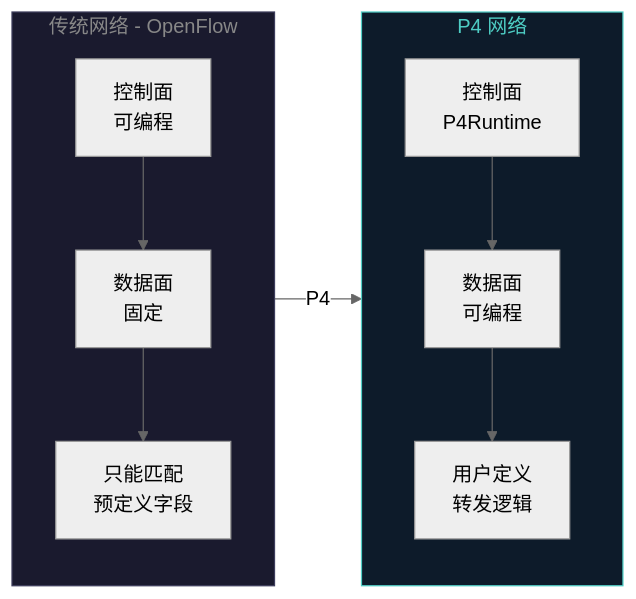
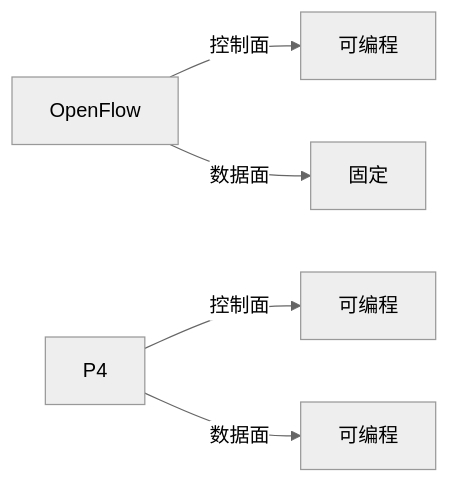
Before and after one commit to Sukkk-zcy/Sukkk-zcy.github.io: the diagram in src/content/blog/P4/p4-01-what-is-p4.mdx, drawn with Mermaid (neutral theme). The commit also changed 2 other files, not shown here.

Commit message:
fix: 简化 Mermaid 图为更紧凑的布局

````diff
--- a/src/content/blog/P4/p4-01-what-is-p4.mdx
+++ b/src/content/blog/P4/p4-01-what-is-p4.mdx
@@ -92,17 +92,7 @@
 ```mermaid
 graph LR
-    subgraph 传统网络[传统网络 - OpenFlow]
-        A[控制面<br/>可编程] --> B[数据面<br/>固定]
-        B --> C[只能匹配<br/>预定义字段]
-    end
-    
-    subgraph P4网络[P4 网络]
-        D[控制面<br/>P4Runtime] --> E[数据面<br/>可编程]
-        E --> F[用户定义<br/>转发逻辑]
-    end
-    
-    传统网络 -->|P4| P4网络
-    
-    style 传统网络 fill:#1a1a2e,stroke:#3d3d5c,color:#888
-    style P4网络 fill:#0d1b2a,stroke:#4ecdc4,color:#4ecdc4
+    A[OpenFlow] -->|控制面| B[可编程]
+    A -->|数据面| C[固定]
+    D[P4] -->|控制面| E[可编程]
+    D -->|数据面| F[可编程]
 ```
````
